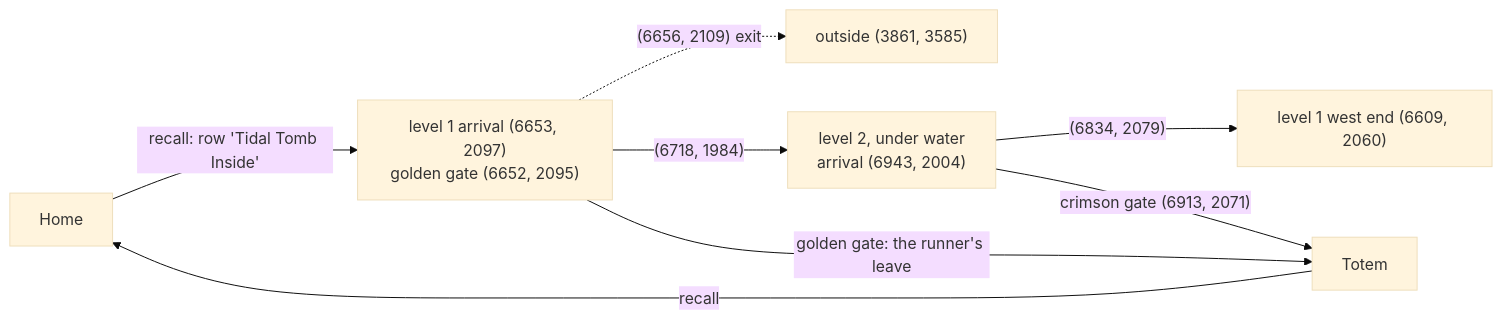
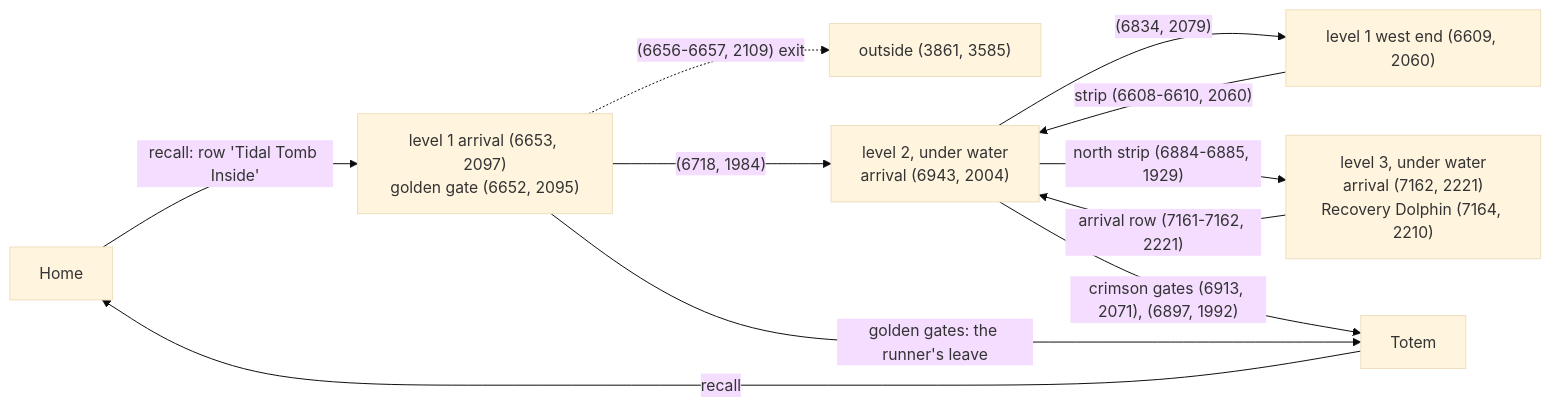
The second of 2 diagrams in docs/SIM.md (chriskite/uo-harness), drawn with Mermaid (base theme) before and after one commit. The commit also changed other lines of this file and 9 other files, not shown here.

````diff
--- a/docs/SIM.md
+++ b/docs/SIM.md
@@ -1188,10 +1190,13 @@
 ```mermaid
 flowchart LR
   Home -- "recall: row 'Tidal Tomb Inside'" --> A["level 1 arrival (6653, 2097)<br/>golden gate (6652, 2095)"]
-  A -. "(6656, 2109) exit" .-> Out["outside (3861, 3585)"]
+  A -. "(6656-6657, 2109) exit" .-> Out["outside (3861, 3585)"]
   A -- "(6718, 1984)" --> L2["level 2, under water<br/>arrival (6943, 2004)"]
-  L2 -- "(6834, 2079)" --> W["level 1 west end (6609, 2060)"]
-  L2 -- "crimson gate (6913, 2071)" --> Totem
-  A -- "golden gate: the runner's leave" --> Totem
+  W["level 1 west end (6609, 2060)"] -- "strip (6608-6610, 2060)" --> L2
+  L2 -- "(6834, 2079)" --> W
+  L2 -- "north strip (6884-6885, 1929)" --> L3["level 3, under water<br/>arrival (7162, 2221)<br/>Recovery Dolphin (7164, 2210)"]
+  L3 -- "arrival row (7161-7162, 2221)" --> L2
+  L2 -- "crimson gates (6913, 2071), (6897, 1992)" --> Totem
+  A -- "golden gates: the runner's leave" --> Totem
   Totem -- recall --> Home
 ```
````
